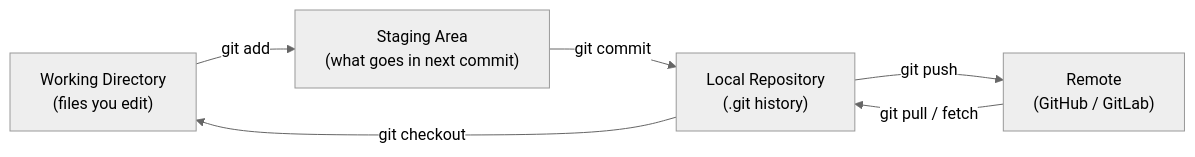
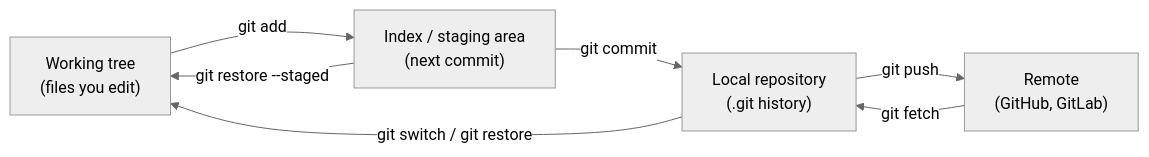
One commit to AndrewAltimit/Documentation changed the first of 5 diagrams in github-pages/docs/technology/git-crash-course.md. Above: the diagram before and after it, drawn with Mermaid (neutral theme). The commit also changed other lines of this file and 240 other files, not shown here.

````diff
--- a/github-pages/docs/technology/git-crash-course.md
+++ b/github-pages/docs/technology/git-crash-course.md
@@ -25,8 +28,9 @@
 ```mermaid
 flowchart LR
-    WD["Working Directory<br/>(files you edit)"] -->|git add| STAGE["Staging Area<br/>(what goes in next commit)"]
-    STAGE -->|git commit| REPO["Local Repository<br/>(.git history)"]
-    REPO -->|git push| REMOTE["Remote<br/>(GitHub / GitLab)"]
-    REMOTE -->|git pull / fetch| REPO
-    REPO -->|git checkout| WD
+    WD["Working tree<br/>(files you edit)"] -->|git add| IDX["Index / staging area<br/>(next commit)"]
+    IDX -->|git commit| REPO["Local repository<br/>(.git history)"]
+    REPO -->|git push| REM["Remote<br/>(GitHub, GitLab)"]
+    REM -->|git fetch| REPO
+    IDX -->|git restore --staged| WD
+    REPO -->|git switch / git restore| WD
 ```
````
